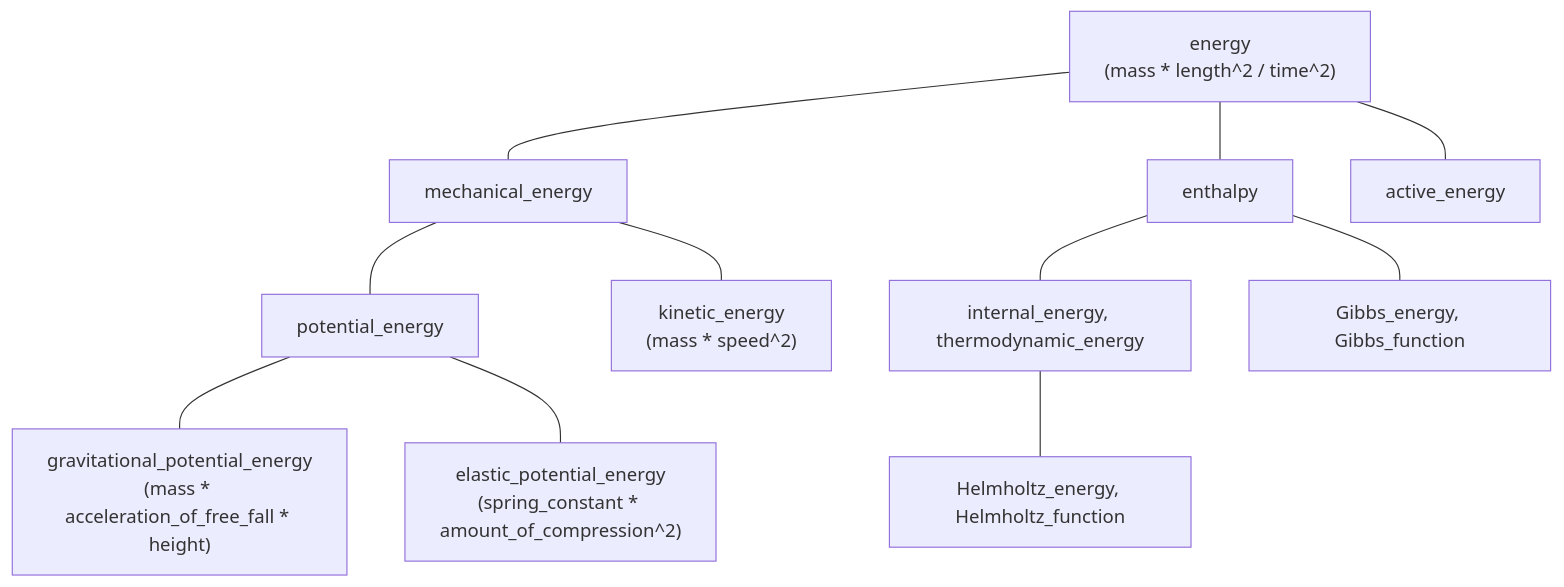
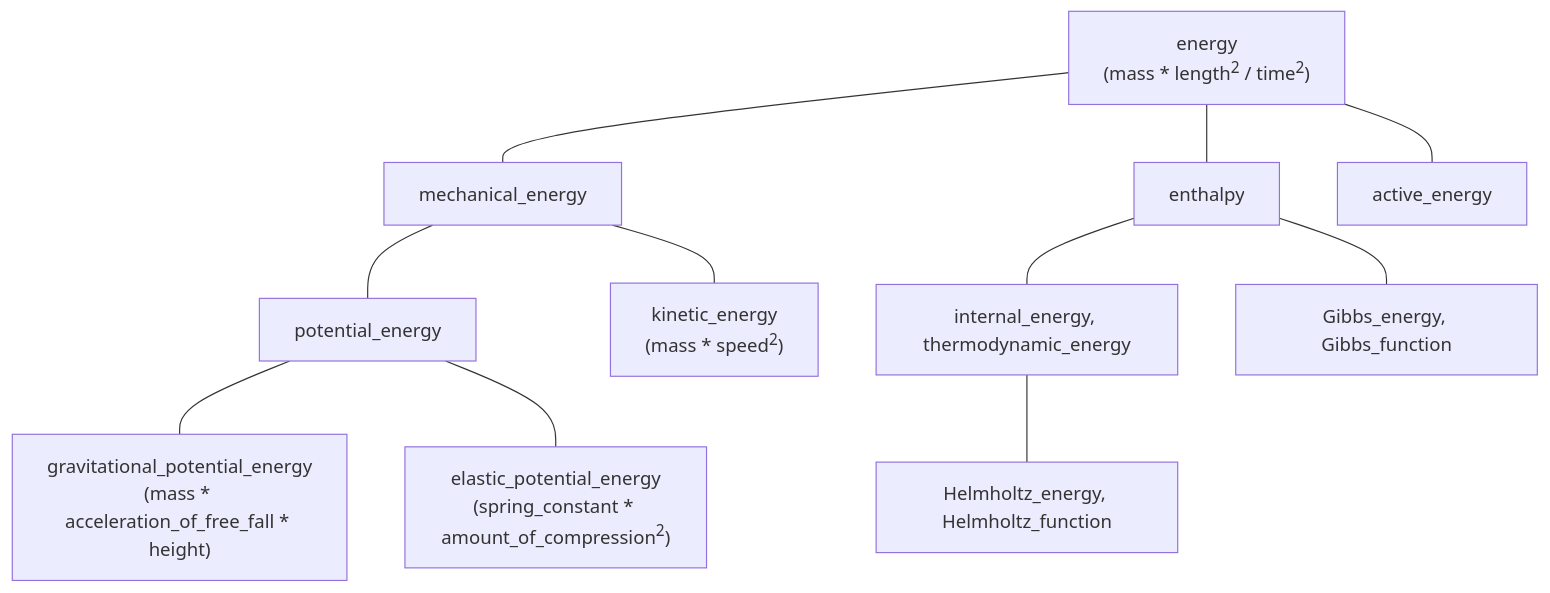
One commit to mpusz/mp-units changed the second of 2 diagrams in docs/users_guide/framework_basics/systems_of_quantities.md. Above: the diagram before and after it, drawn with Mermaid. The commit also changed other lines of this file and 2 other files, not shown here.

````diff
--- a/docs/users_guide/framework_basics/systems_of_quantities.md
+++ b/docs/users_guide/framework_basics/systems_of_quantities.md
@@ -287,14 +295,14 @@
 ```mermaid
 flowchart TD
-    energy["energy\n(mass * length^2 / time^2)"]
+    energy["energy\n(mass * length<sup>2</sup> / time<sup>2</sup>)"]
     energy --- mechanical_energy
     mechanical_energy --- potential_energy
     potential_energy --- gravitational_potential_energy["gravitational_potential_energy\n(mass * acceleration_of_free_fall * height)"]
-    potential_energy --- elastic_potential_energy["elastic_potential_energy\n(spring_constant * amount_of_compression^2)"]
-    mechanical_energy --- kinetic_energy["kinetic_energy\n(mass * speed^2)"]
+    potential_energy --- elastic_potential_energy["elastic_potential_energy\n(spring_constant * amount_of_compression<sup>2</sup>)"]
+    mechanical_energy --- kinetic_energy["kinetic_energy\n(mass * speed<sup>2</sup>)"]
     energy --- enthalpy
     enthalpy --- internal_energy[internal_energy, thermodynamic_energy]
     internal_energy --- Helmholtz_energy[Helmholtz_energy, Helmholtz_function]
     enthalpy --- Gibbs_energy[Gibbs_energy, Gibbs_function]
     energy --- active_energy
 ```
````
